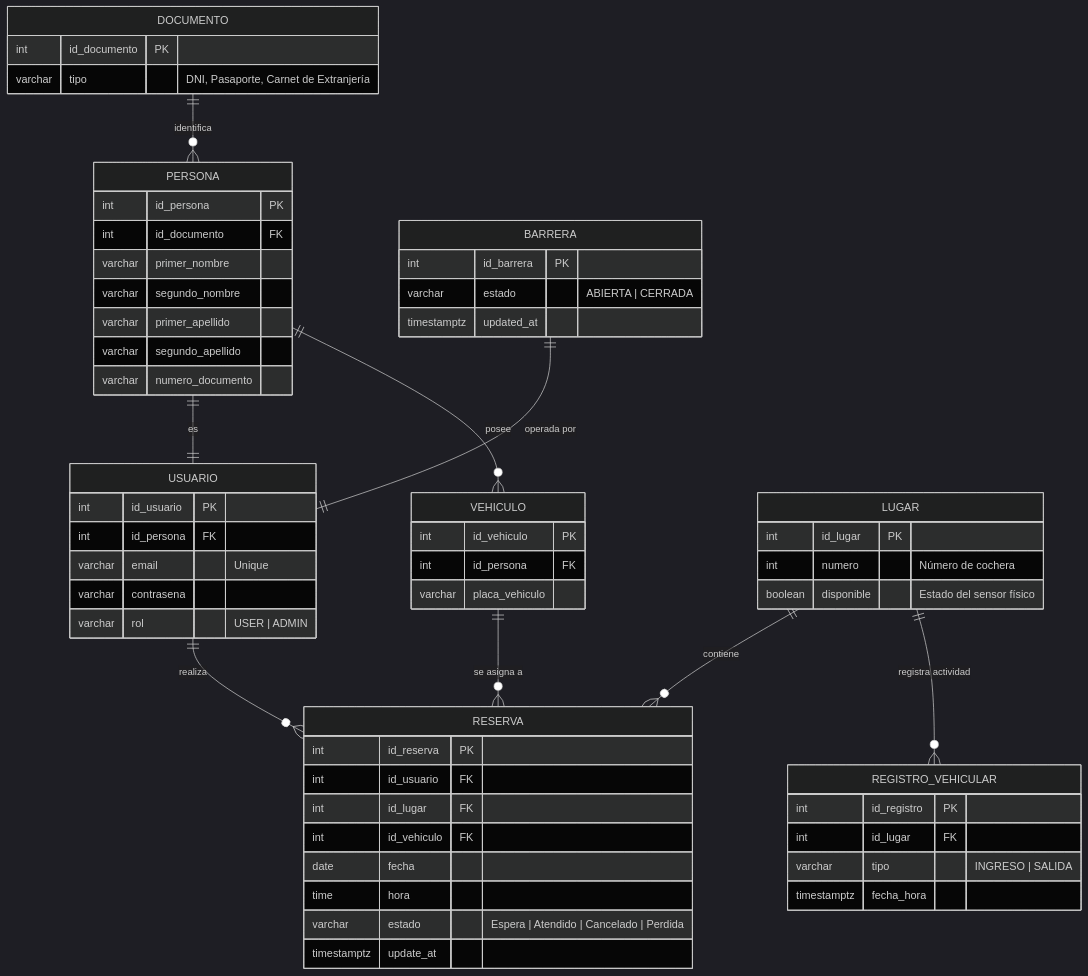
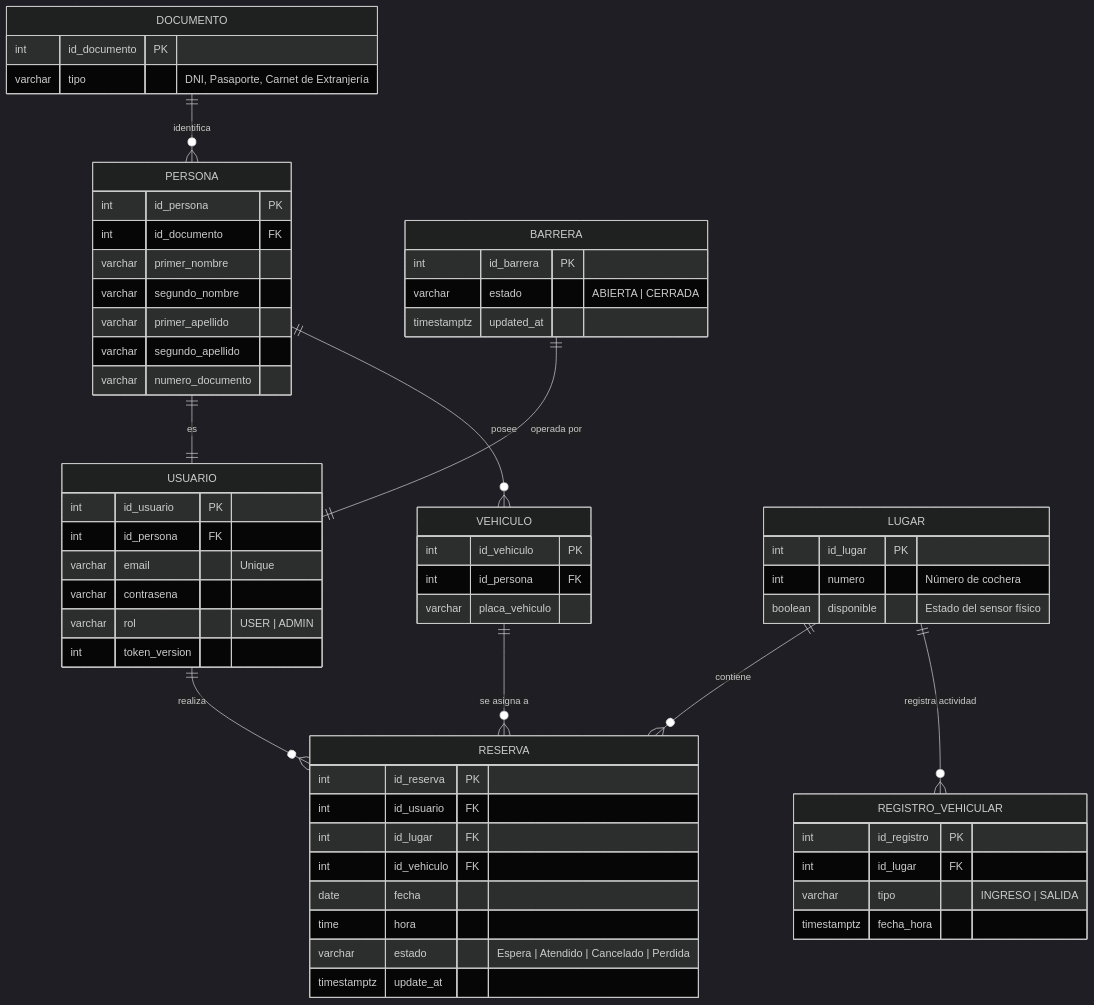
One commit to Cesar-Sanchez-sof/EstacionamientoInteligente changed the diagram in README.md. Above: the diagram before and after it, drawn with Mermaid (dark theme). The commit also changed other lines of this file, not shown here.

````diff
--- a/README.md
+++ b/README.md
@@ -77,63 +141,64 @@
 ```mermaid
 erDiagram
     DOCUMENTO ||--o{ PERSONA : "identifica"
     PERSONA ||--|| USUARIO : "es"
     PERSONA ||--o{ VEHICULO : "posee"
     USUARIO ||--o{ RESERVA : "realiza"
     LUGAR ||--o{ RESERVA : "contiene"
     VEHICULO ||--o{ RESERVA : "se asigna a"
     LUGAR ||--o{ REGISTRO_VEHICULAR : "registra actividad"
     BARRERA ||--|| USUARIO : "operada por"
 
     DOCUMENTO {
         int id_documento PK
         varchar tipo "DNI, Pasaporte, Carnet de Extranjería"
     }
     PERSONA {
         int id_persona PK
         int id_documento FK
         varchar primer_nombre
         varchar segundo_nombre
         varchar primer_apellido
         varchar segundo_apellido
         varchar numero_documento
     }
     VEHICULO {
         int id_vehiculo PK
         int id_persona FK
         varchar placa_vehiculo
     }
     USUARIO {
         int id_usuario PK
         int id_persona FK
         varchar email "Unique"
         varchar contrasena
         varchar rol "USER | ADMIN"
+        int token_version
     }
     LUGAR {
         int id_lugar PK
         int numero "Número de cochera"
         boolean disponible "Estado del sensor físico"
     }
     RESERVA {
         int id_reserva PK
         int id_usuario FK
         int id_lugar FK
         int id_vehiculo FK
         date fecha
         time hora
         varchar estado "Espera | Atendido | Cancelado | Perdida"
         timestamptz update_at
     }
     REGISTRO_VEHICULAR {
         int id_registro PK
         int id_lugar FK
         varchar tipo "INGRESO | SALIDA"
         timestamptz fecha_hora
     }
     BARRERA {
         int id_barrera PK
         varchar estado "ABIERTA | CERRADA"
         timestamptz updated_at
     }
 ```
````
